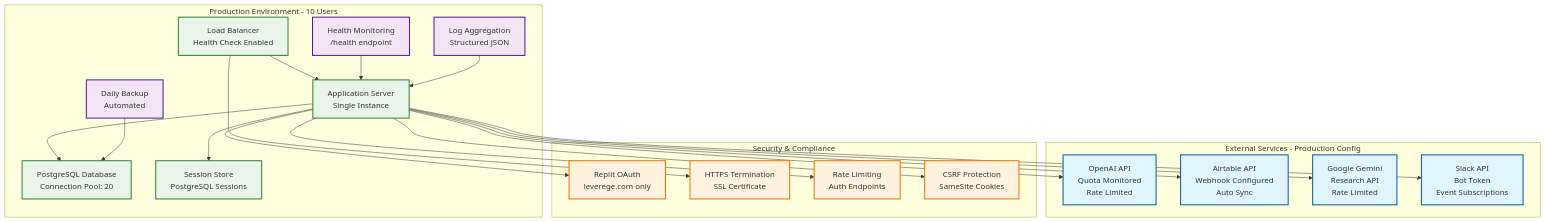
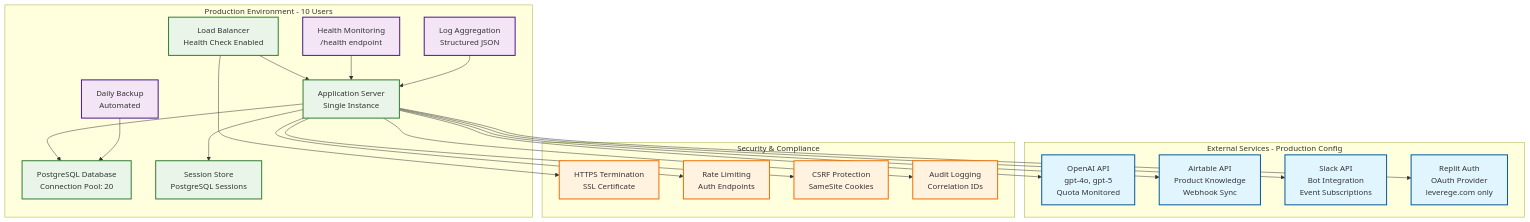
One commit to Ops-Team-Leverege/Mustard changed the eighth of 8 diagrams in docs/VISUAL_SYSTEM_DIAGRAMS.md. Above: the diagram before and after it, drawn with Mermaid. The commit also changed other lines of this file and 2 other files, not shown here.

First line of the commit message:
Update documentation to reflect actual Decision Layer architecture

````diff
--- a/docs/VISUAL_SYSTEM_DIAGRAMS.md
+++ b/docs/VISUAL_SYSTEM_DIAGRAMS.md
@@ -538,46 +368,46 @@
 ```mermaid
 graph TB
     subgraph "Production Environment - 10 Users"
         A[Load Balancer<br/>Health Check Enabled] --> B[Application Server<br/>Single Instance]
         B --> C[PostgreSQL Database<br/>Connection Pool: 20]
         B --> D[Session Store<br/>PostgreSQL Sessions]
         
         E[Daily Backup<br/>Automated] --> C
         F[Health Monitoring<br/>/health endpoint] --> B
         G[Log Aggregation<br/>Structured JSON] --> B
     end
     
     subgraph "External Services - Production Config"
-        H[OpenAI API<br/>Quota Monitored<br/>Rate Limited]
-        I[Airtable API<br/>Webhook Configured<br/>Auto Sync]
-        J[Google Gemini<br/>Research API<br/>Rate Limited]
-        K[Slack API<br/>Bot Token<br/>Event Subscriptions]
+        H[OpenAI API<br/>gpt-4o, gpt-5<br/>Quota Monitored]
+        I[Airtable API<br/>Product Knowledge<br/>Webhook Sync]
+        J[Slack API<br/>Bot Integration<br/>Event Subscriptions]
+        K[Replit Auth<br/>OAuth Provider<br/>leverege.com only]
     end
     
     subgraph "Security & Compliance"
-        L[Replit OAuth<br/>leverege.com only]
-        M[HTTPS Termination<br/>SSL Certificate]
-        N[Rate Limiting<br/>Auth Endpoints]
-        O[CSRF Protection<br/>SameSite Cookies]
+        L[HTTPS Termination<br/>SSL Certificate]
+        M[Rate Limiting<br/>Auth Endpoints]
+        N[CSRF Protection<br/>SameSite Cookies]
+        O[Audit Logging<br/>Correlation IDs]
     end
     
     B --> H
     B --> I
     B --> J
     B --> K
     
-    B --> L
-    A --> M
+    A --> L
+    B --> M
     B --> N
     B --> O
     
     classDef production fill:#e8f5e8,stroke:#2e7d32,stroke-width:2px
     classDef external fill:#e1f5fe,stroke:#01579b,stroke-width:2px
     classDef security fill:#fff3e0,stroke:#ef6c00,stroke-width:2px
     classDef monitoring fill:#f3e5f5,stroke:#4a148c,stroke-width:2px
     
     class A,B,C,D production
     class H,I,J,K external
     class L,M,N,O security
     class E,F,G monitoring
 ```
````
